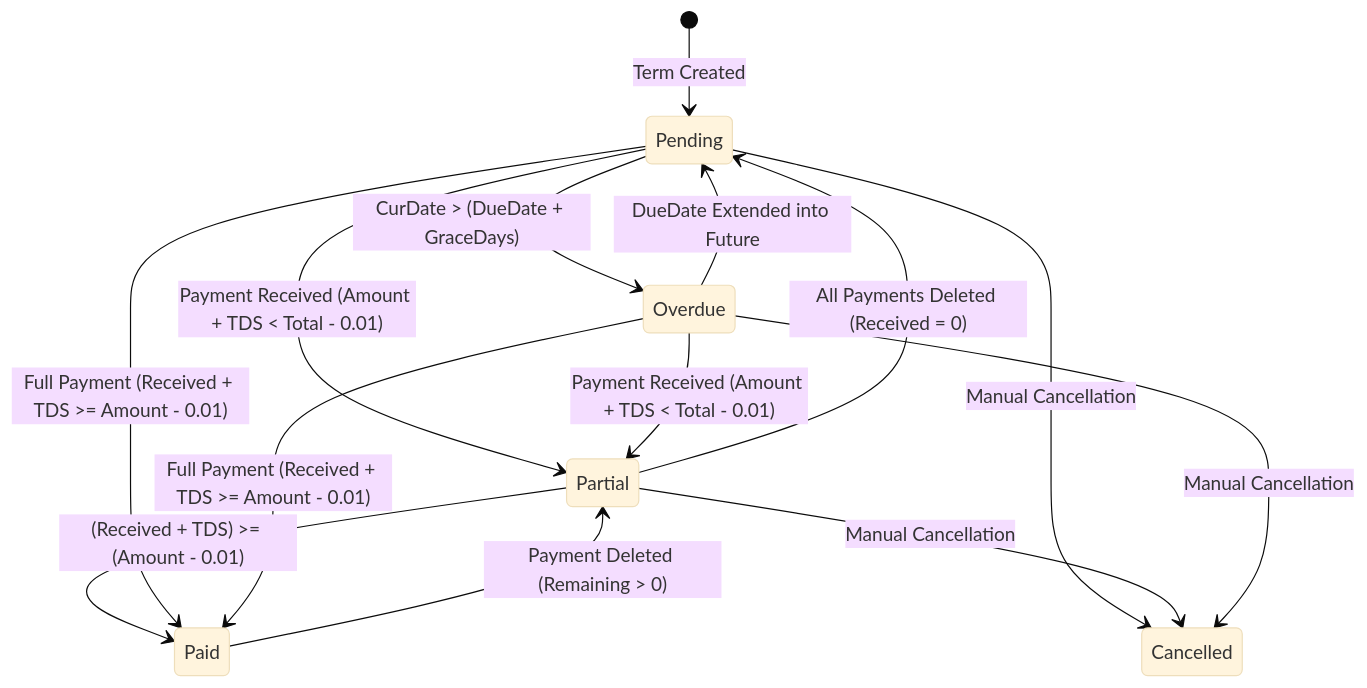
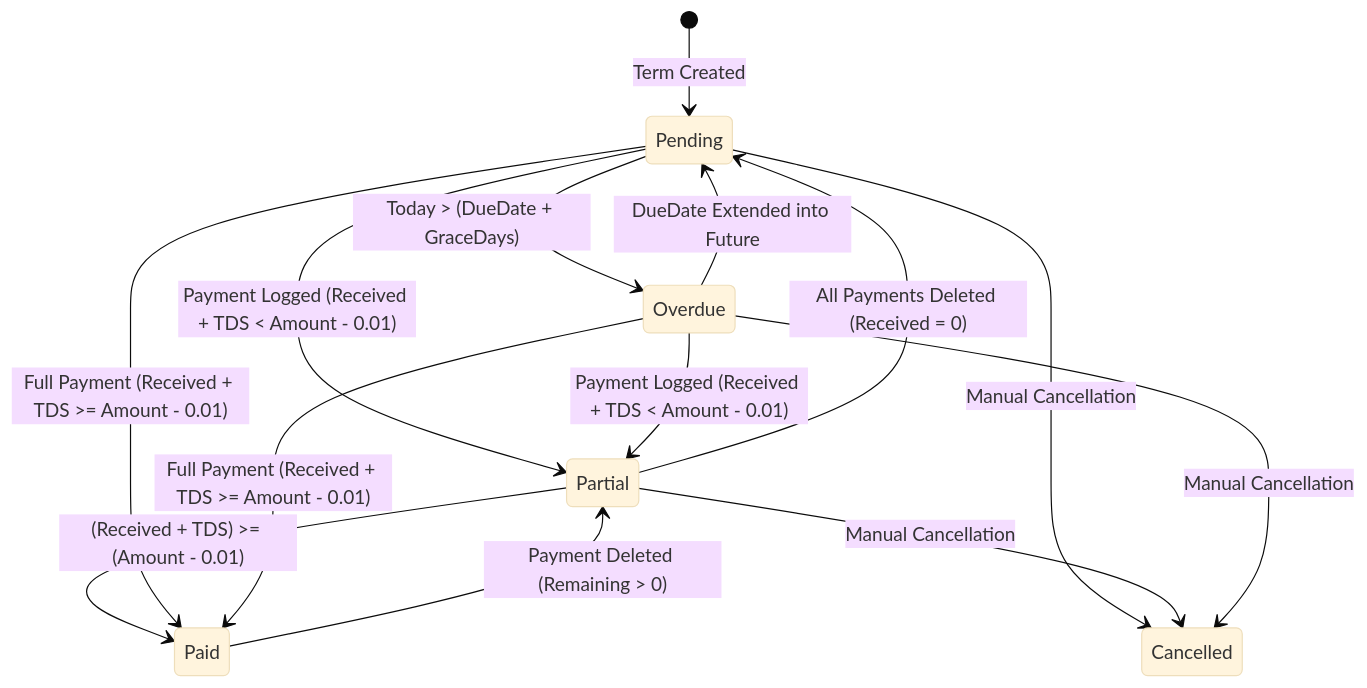
One commit to Jayant-10x/project-manager changed the third of 3 diagrams in project.md. Above: the diagram before and after it, drawn with Mermaid (base theme). The commit also changed other lines of this file and 139 other files, not shown here.

````diff
--- a/project.md
+++ b/project.md
@@ -663,21 +475,21 @@
 ```mermaid
 stateDiagram-v2
     [*] --> Pending: Term Created
     
-    Pending --> Overdue: CurDate > (DueDate + GraceDays)
+    Pending --> Overdue: Today > (DueDate + GraceDays)
     Overdue --> Pending: DueDate Extended into Future
     
-    Pending --> Partial: Payment Received (Amount + TDS < Total - 0.01)
-    Overdue --> Partial: Payment Received (Amount + TDS < Total - 0.01)
+    Pending --> Partial: Payment Logged (Received + TDS < Amount - 0.01)
+    Overdue --> Partial: Payment Logged (Received + TDS < Amount - 0.01)
     
     Partial --> Paid: (Received + TDS) >= (Amount - 0.01)
     Pending --> Paid: Full Payment (Received + TDS >= Amount - 0.01)
     Overdue --> Paid: Full Payment (Received + TDS >= Amount - 0.01)
     
     Paid --> Partial: Payment Deleted (Remaining > 0)
     Partial --> Pending: All Payments Deleted (Received = 0)
     
     Pending --> Cancelled: Manual Cancellation
     Partial --> Cancelled: Manual Cancellation
     Overdue --> Cancelled: Manual Cancellation
 ```
````
